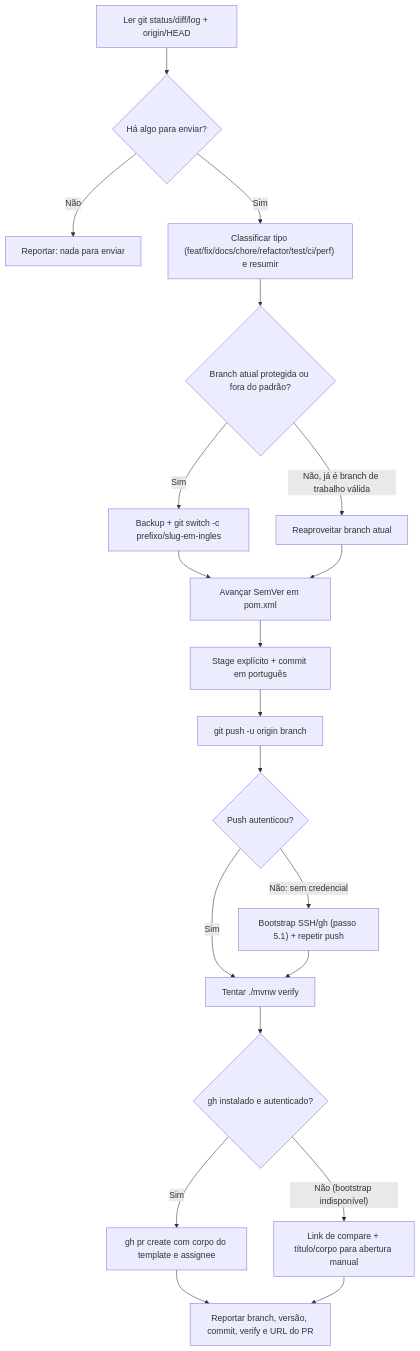
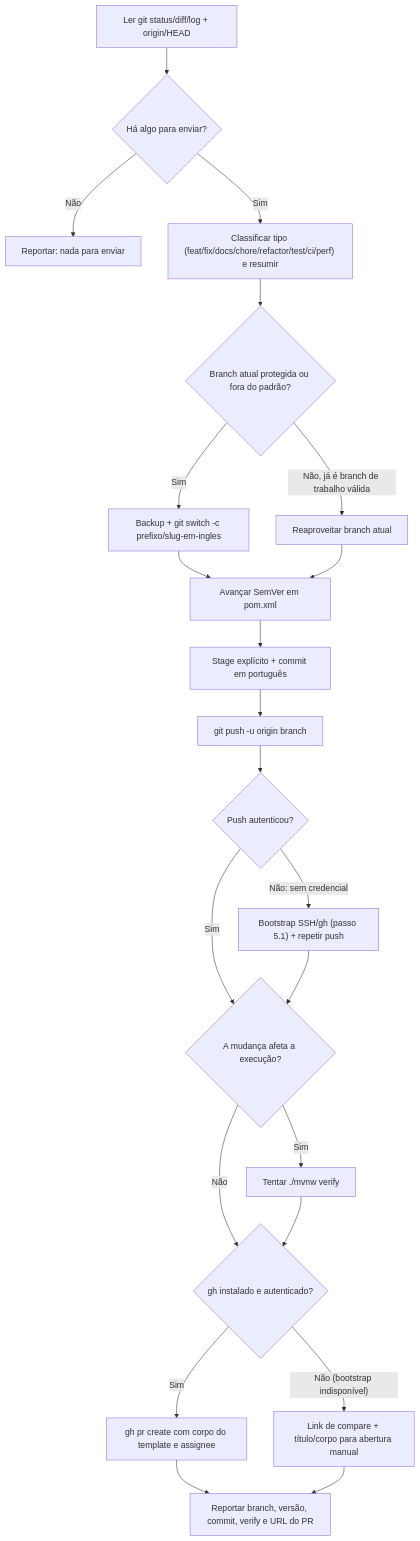
Before and after one commit to sajitar/sajitar-backend: the diagram in .cursor/skills/ship-implementation/SKILL.md, drawn with Mermaid. The commit also changed other lines of this file and 3 other files, not shown here.

````diff
--- a/.cursor/skills/ship-implementation/SKILL.md
+++ b/.cursor/skills/ship-implementation/SKILL.md
@@ -24,22 +24,24 @@
 ```mermaid
 flowchart TD
     read["Ler git status/diff/log + origin/HEAD"] --> nothing{"Há algo para enviar?"}
     nothing -->|"Não"| stop["Reportar: nada para enviar"]
     nothing -->|"Sim"| classify["Classificar tipo (feat/fix/docs/chore/refactor/test/ci/perf) e resumir"]
     classify --> protectedCheck{"Branch atual protegida ou fora do padrão?"}
     protectedCheck -->|"Sim"| newBranch["Backup + git switch -c prefixo/slug-em-ingles"]
     protectedCheck -->|"Não, já é branch de trabalho válida"| reuse["Reaproveitar branch atual"]
     newBranch --> bump["Avançar SemVer em pom.xml"]
     reuse --> bump
     bump --> commit["Stage explícito + commit em português"]
     commit --> push["git push -u origin branch"]
     push --> pushOk{"Push autenticou?"}
-    pushOk -->|"Sim"| verify["Tentar ./mvnw verify"]
+    pushOk -->|"Sim"| runtime{"A mudança afeta a execução?"}
     pushOk -->|"Não: sem credencial"| bootstrap["Bootstrap SSH/gh (passo 5.1) + repetir push"]
-    bootstrap --> verify
-    verify --> prAuth{"gh instalado e autenticado?"}
+    bootstrap --> runtime
+    runtime -->|"Sim"| verify["Tentar ./mvnw verify"]
+    runtime -->|"Não"| prAuth{"gh instalado e autenticado?"}
+    verify --> prAuth
     prAuth -->|"Sim"| prCreate["gh pr create com corpo do template e assignee"]
     prAuth -->|"Não (bootstrap indisponível)"| compareLink["Link de compare + título/corpo para abertura manual"]
     prCreate --> report["Reportar branch, versão, commit, verify e URL do PR"]
     compareLink --> report
 ```
````
